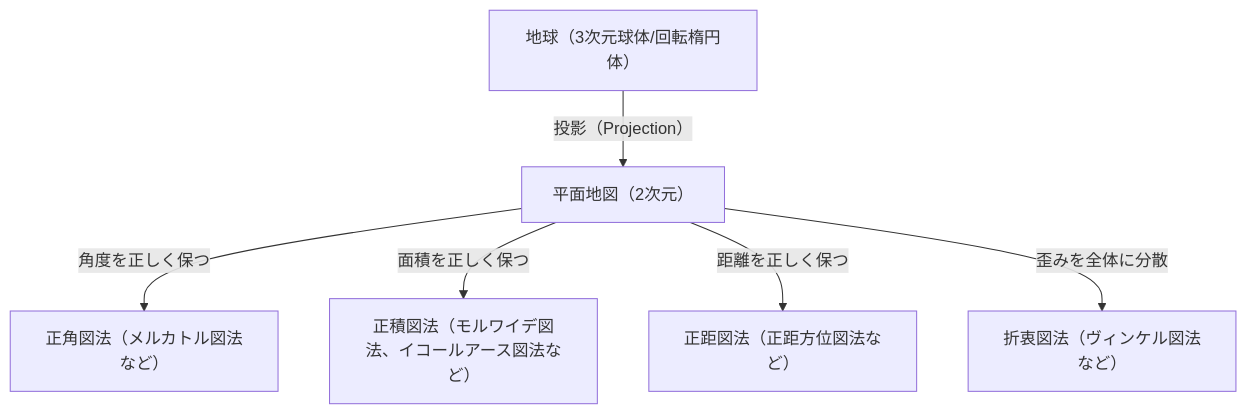
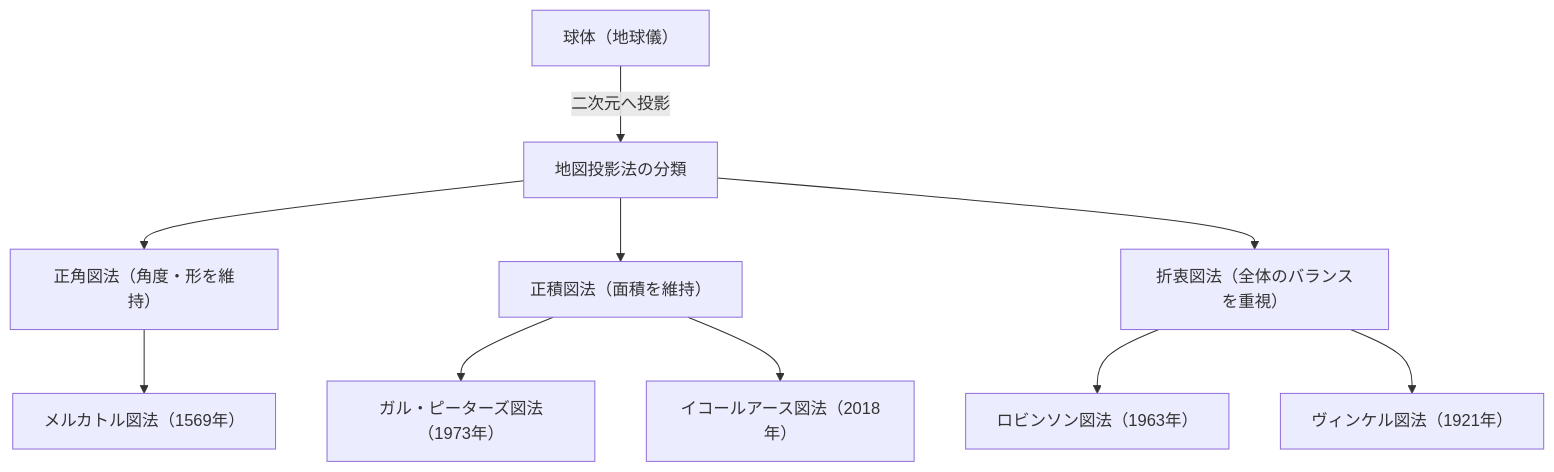
The diagram in content/post/history-of-map-projections/index.md (kenjinote/blog), drawn with Mermaid before and after one commit. The commit also changed other lines of this file and 129 other files, not shown here.

````diff
--- a/content/post/history-of-map-projections/index.md
+++ b/content/post/history-of-map-projections/index.md
@@ -19,8 +30,13 @@
 ```mermaid
 graph TD
-    A["地球（3次元球体/回転楕円体）"] -- "投影（Projection）" --> B["平面地図（2次元）"]
-    B -- "角度を正しく保つ" --> C["正角図法（メルカトル図法など）"]
-    B -- "面積を正しく保つ" --> D["正積図法（モルワイデ図法、イコールアース図法など）"]
-    B -- "距離を正しく保つ" --> E["正距図法（正距方位図法など）"]
-    B -- "歪みを全体に分散" --> F["折衷図法（ヴィンケル図法など）"]
+    A["球体（地球儀）"] -->|"二次元へ投影"| B["地図投影法の分類"]
+    B --> C["正角図法（角度・形を維持）"]
+    B --> D["正積図法（面積を維持）"]
+    B --> E["折衷図法（全体のバランスを重視）"]
+    
+    C --> F["メルカトル図法（1569年）"]
+    D --> G["ガル・ピーターズ図法（1973年）"]
+    D --> H["イコールアース図法（2018年）"]
+    E --> I["ロビンソン図法（1963年）"]
+    E --> J["ヴィンケル図法（1921年）"]
 ```
````
